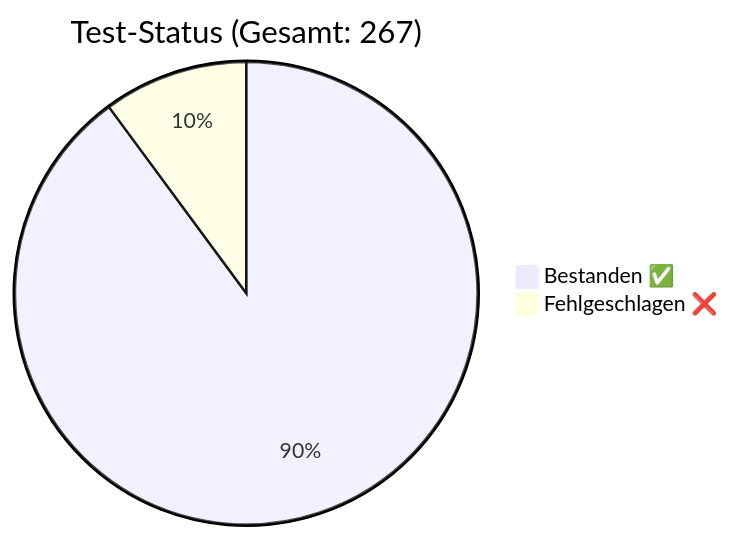
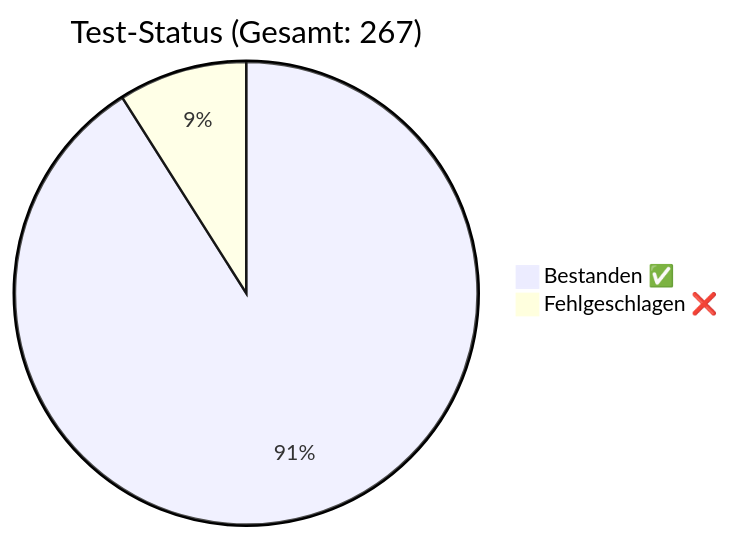
Before and after one commit to rorila/GCS: the diagram in docs/QA_Report.md, drawn with Mermaid. The commit also changed other lines of this file and 22 other files, not shown here.

````diff
--- a/docs/QA_Report.md
+++ b/docs/QA_Report.md
@@ -8,5 +8,5 @@
 ```mermaid
 pie title Test-Status (Gesamt: 267)
-    "Bestanden ✅" : 240
-    "Fehlgeschlagen ❌" : 27
+    "Bestanden ✅" : 243
+    "Fehlgeschlagen ❌" : 24
 ```
````
